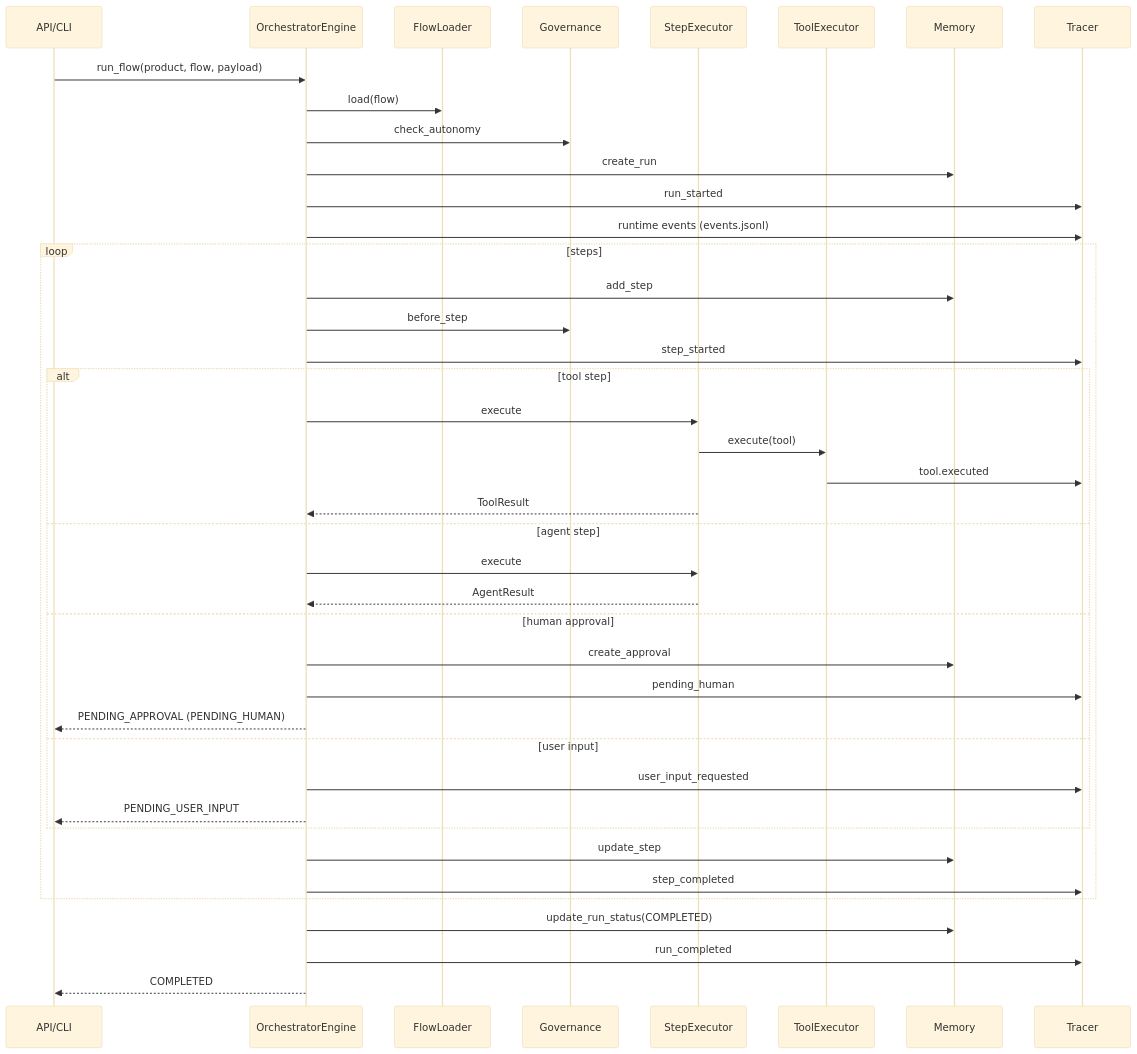
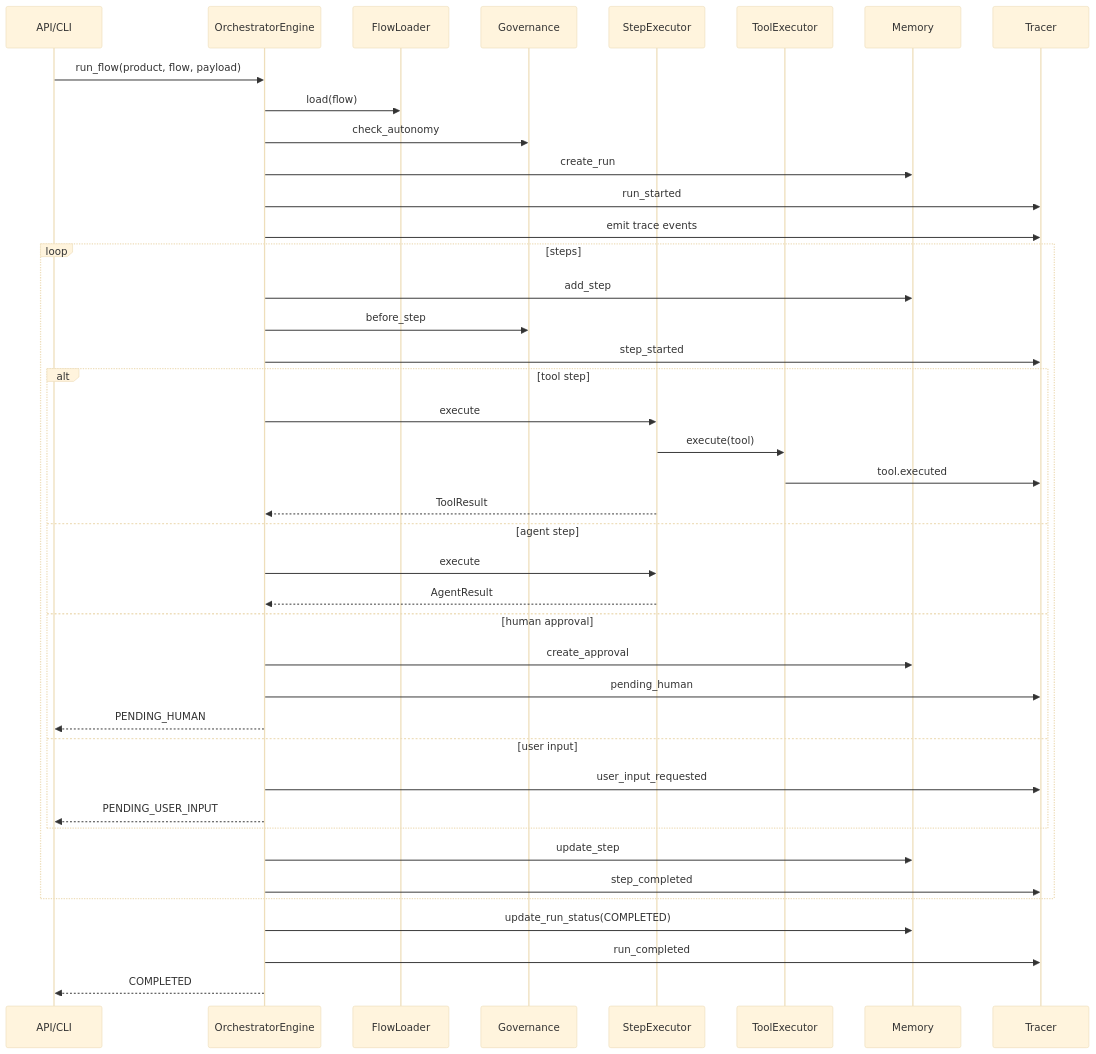
The fourth of 9 diagrams in docs/core_architecture.md (chethanp11/master), drawn with Mermaid (base theme) before and after one commit. The commit also changed other lines of this file and 19 other files, not shown here.

````diff
--- a/docs/core_architecture.md
+++ b/docs/core_architecture.md
@@ -158,44 +159,44 @@
 ```mermaid
 sequenceDiagram
   participant Gateway as API/CLI
   participant Engine as OrchestratorEngine
   participant FlowLoader
   participant Governance
   participant StepExec as StepExecutor
   participant ToolExec as ToolExecutor
   participant Memory
   participant Tracer
 
   Gateway->>Engine: run_flow(product, flow, payload)
   Engine->>FlowLoader: load(flow)
   Engine->>Governance: check_autonomy
   Engine->>Memory: create_run
   Engine->>Tracer: run_started
-  Engine->>Tracer: runtime events (events.jsonl)
+  Engine->>Tracer: emit trace events
   loop steps
     Engine->>Memory: add_step
     Engine->>Governance: before_step
     Engine->>Tracer: step_started
     alt tool step
       Engine->>StepExec: execute
       StepExec->>ToolExec: execute(tool)
       ToolExec->>Tracer: tool.executed
       StepExec-->>Engine: ToolResult
     else agent step
       Engine->>StepExec: execute
       StepExec-->>Engine: AgentResult
     else human approval
       Engine->>Memory: create_approval
       Engine->>Tracer: pending_human
-      Engine-->>Gateway: PENDING_APPROVAL (PENDING_HUMAN)
+      Engine-->>Gateway: PENDING_HUMAN
     else user input
       Engine->>Tracer: user_input_requested
       Engine-->>Gateway: PENDING_USER_INPUT
     end
     Engine->>Memory: update_step
     Engine->>Tracer: step_completed
   end
   Engine->>Memory: update_run_status(COMPLETED)
   Engine->>Tracer: run_completed
   Engine-->>Gateway: COMPLETED
 ```
````
